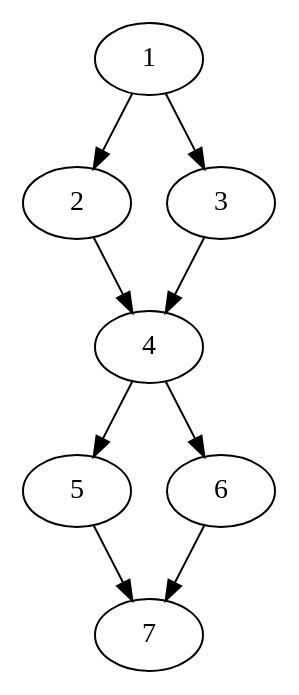
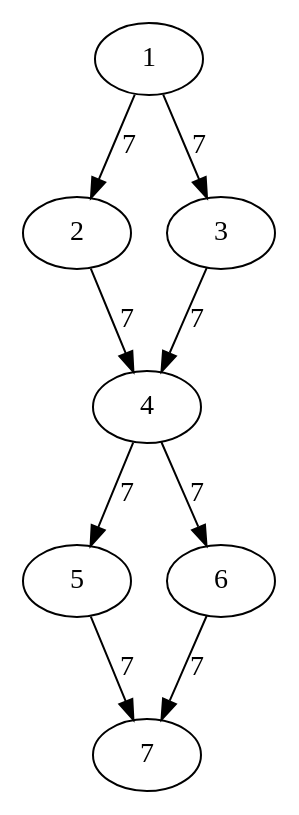
Before and after one commit to GArad89/model_exploration: the diagram in engine/dot/g2.dot, drawn with Graphviz. The commit also changed 3 other files, not shown here.

First line of the commit message:
changed project and read_dot methods in graph.py

```diff
--- a/engine/dot/g2.dot
+++ b/engine/dot/g2.dot
@@ -1,18 +1,13 @@
-digraph "A" {
-1 [attr=""];
-2 [attr=""];
-3 [attr=""];
-4 [attr=""];
-5 [attr=""];
-6 [attr=""];
-7 [attr=""];
+digraph A {
 
-1 -> 2  ;
-1 -> 3 ;
-2 -> 4 ;
-3 -> 4 ;
-4 -> 5 ;
-4 -> 6 ;
-5  -> 7 ;
-6  -> 7 ;
+
+"1" -> "2"[label="7",weight=7];
+"3" -> "4"[label="7",weight=7];
+"1" -> "3"[label="7",weight=7];
+"2" -> "4"[label="7",weight=7];
+"4" -> "5"[label="7",weight=7];
+"4" -> "6"[label="7",weight=7];
+"5" -> "7"[label="7",weight=7];
+"6" -> "7"[label="7",weight=7];
+
 }
```
